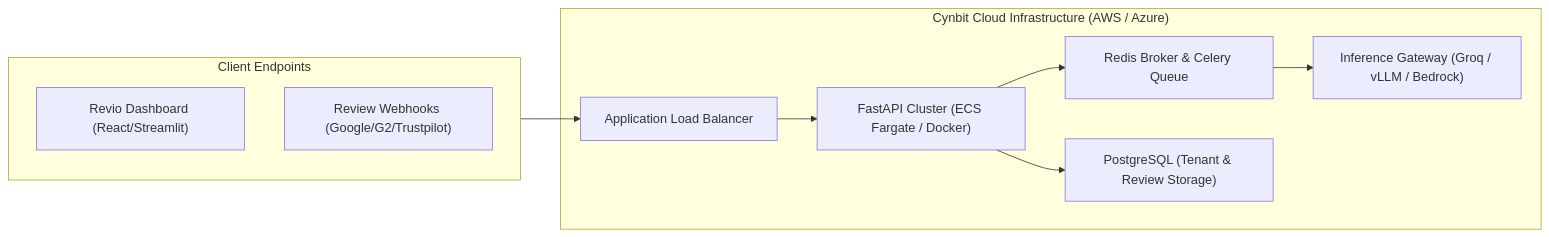
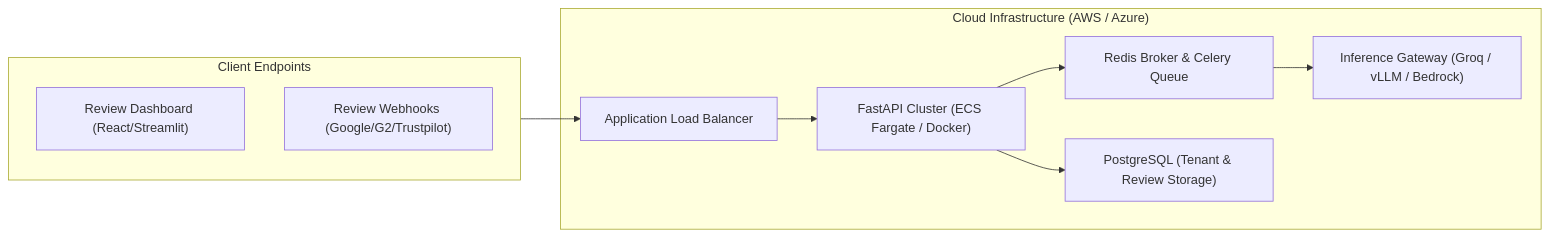
Before and after one commit to pritt18/cynbit-ai: the second of 2 diagrams in reports/02_TECHNICAL_APPROACH_REPORT.md, drawn with Mermaid. The commit also changed other lines of this file and 12 other files, not shown here.

````diff
--- a/reports/02_TECHNICAL_APPROACH_REPORT.md
+++ b/reports/02_TECHNICAL_APPROACH_REPORT.md
@@ -161,21 +160,21 @@
 ```mermaid
 flowchart LR
     subgraph CLIENT["Client Endpoints"]
-        UI["Revio Dashboard (React/Streamlit)"]
+        UI["Review Dashboard (React/Streamlit)"]
         WEBHOOK["Review Webhooks (Google/G2/Trustpilot)"]
     end
 
-    subgraph CLOUD["Cynbit Cloud Infrastructure (AWS / Azure)"]
+    subgraph CLOUD["Cloud Infrastructure (AWS / Azure)"]
         ALB["Application Load Balancer"]
         API["FastAPI Cluster (ECS Fargate / Docker)"]
         REDIS["Redis Broker & Celery Queue"]
         DB["PostgreSQL (Tenant & Review Storage)"]
         LLM["Inference Gateway (Groq / vLLM / Bedrock)"]
     end
 
     CLIENT --> ALB
     ALB --> API
     API --> REDIS
     API --> DB
     REDIS --> LLM
 ```
````
